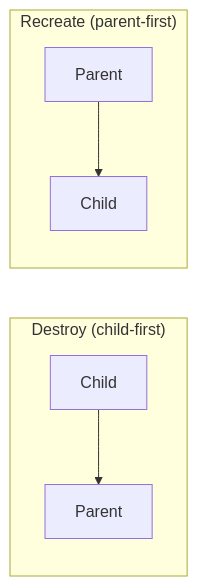
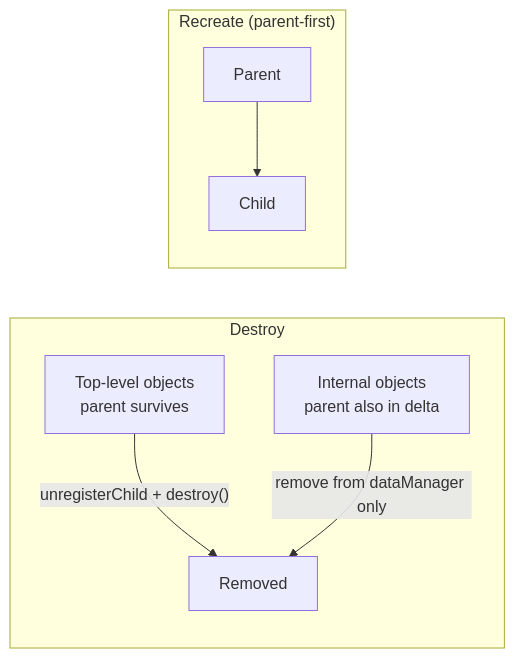
Before and after one commit to Chatuye/gemaeuer: the fourth of 6 diagrams in core/undo-redo.architecture.md, drawn with Mermaid. The commit also changed other lines of this file and 3 other files, not shown here.

````diff
--- a/core/undo-redo.architecture.md
+++ b/core/undo-redo.architecture.md
@@ -112,9 +112,10 @@
 ```mermaid
 flowchart LR
-    subgraph "Destroy (child-first)"
-        C[Child] --> P[Parent]
+    subgraph "Destroy"
+        TL[Top-level objects<br/>parent survives] -->|"unregisterChild + destroy()"| DONE[Removed]
+        INT[Internal objects<br/>parent also in delta] -->|"remove from dataManager only"| DONE
     end
     subgraph "Recreate (parent-first)"
         P2[Parent] --> C2[Child]
     end
 ```
````
